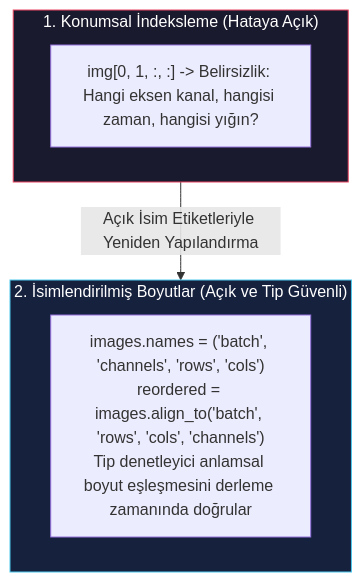
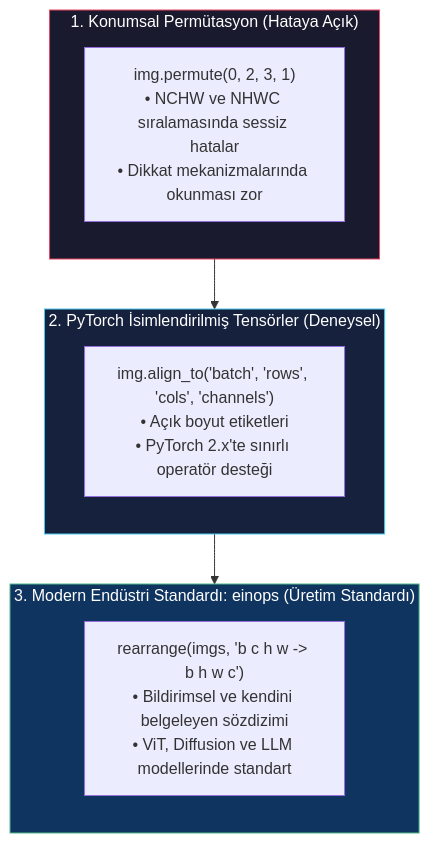
One commit to emreaslan7/ai changed the sixth of 16 diagrams in content/tr/deep-learning-with-pytorch/part-1-core-pytorch/it-starts-with-a-tensor.md. Above: the diagram before and after it, drawn with Mermaid. The commit also changed other lines of this file and 1 other file, not shown here.

````diff
--- a/content/tr/deep-learning-with-pytorch/part-1-core-pytorch/it-starts-with-a-tensor.md
+++ b/content/tr/deep-learning-with-pytorch/part-1-core-pytorch/it-starts-with-a-tensor.md
@@ -294,17 +313,23 @@
 ```mermaid
 flowchart TD
-    subgraph Positional["1. Konumsal İndeksleme (Hataya Açık)"]
-        P["img[0, 1, :, :] -> Belirsizlik: Hangi eksen kanal, hangisi zaman, hangisi yığın?"]
+    subgraph Positional["1. Konumsal Permütasyon (Hataya Açık)"]
+        direction TB
+        P["img.permute(0, 2, 3, 1)<br/>• NCHW ve NHWC sıralamasında sessiz hatalar<br/>• Dikkat mekanizmalarında okunması zor"]
     end
 
-    subgraph Named["2. İsimlendirilmiş Boyutlar (Açık ve Tip Güvenli)"]
-        N["images.names = ('batch', 'channels', 'rows', 'cols')
-reordered = images.align_to('batch', 'rows', 'cols', 'channels')
-Tip denetleyici anlamsal boyut eşleşmesini derleme zamanında doğrular"]
+    subgraph NamedNative["2. PyTorch İsimlendirilmiş Tensörler (Deneysel)"]
+        direction TB
+        N["img.align_to('batch', 'rows', 'cols', 'channels')<br/>• Açık boyut etiketleri<br/>• PyTorch 2.x'te sınırlı operatör desteği"]
     end
 
-    Positional -->|Açık İsim Etiketleriyle Yeniden Yapılandırma| Named
+    subgraph EinopsModern["3. Modern Endüstri Standardı: einops (Üretim Standardı)"]
+        direction TB
+        E["rearrange(imgs, 'b c h w -> b h w c')<br/>• Bildirimsel ve kendini belgeleyen sözdizimi<br/>• ViT, Diffusion ve LLM modellerinde standart"]
+    end
+
+    Positional --> NamedNative --> EinopsModern
 
     style Positional fill:#1a1a2e,stroke:#e94560,color:#fff
-    style Named fill:#16213e,stroke:#4cc9f0,color:#fff
+    style NamedNative fill:#16213e,stroke:#4cc9f0,color:#fff
+    style EinopsModern fill:#0f3460,stroke:#52b788,color:#fff
 ```
````
